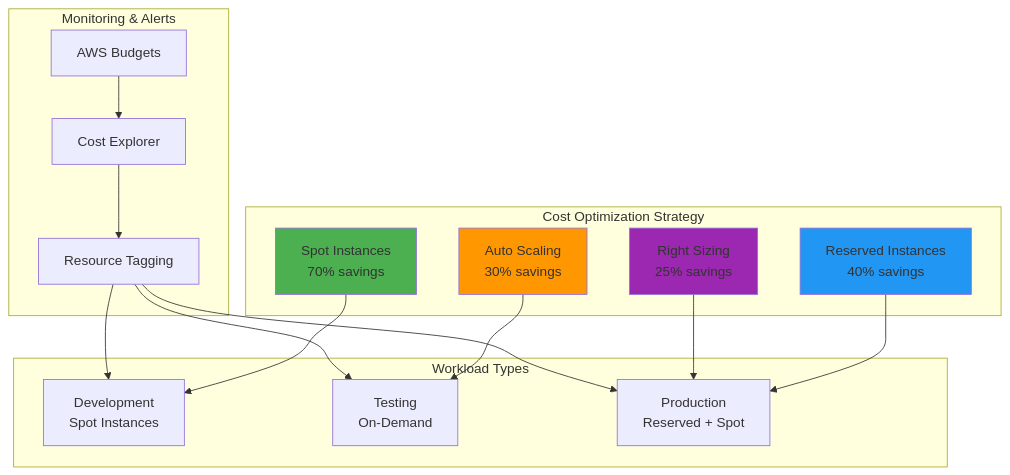
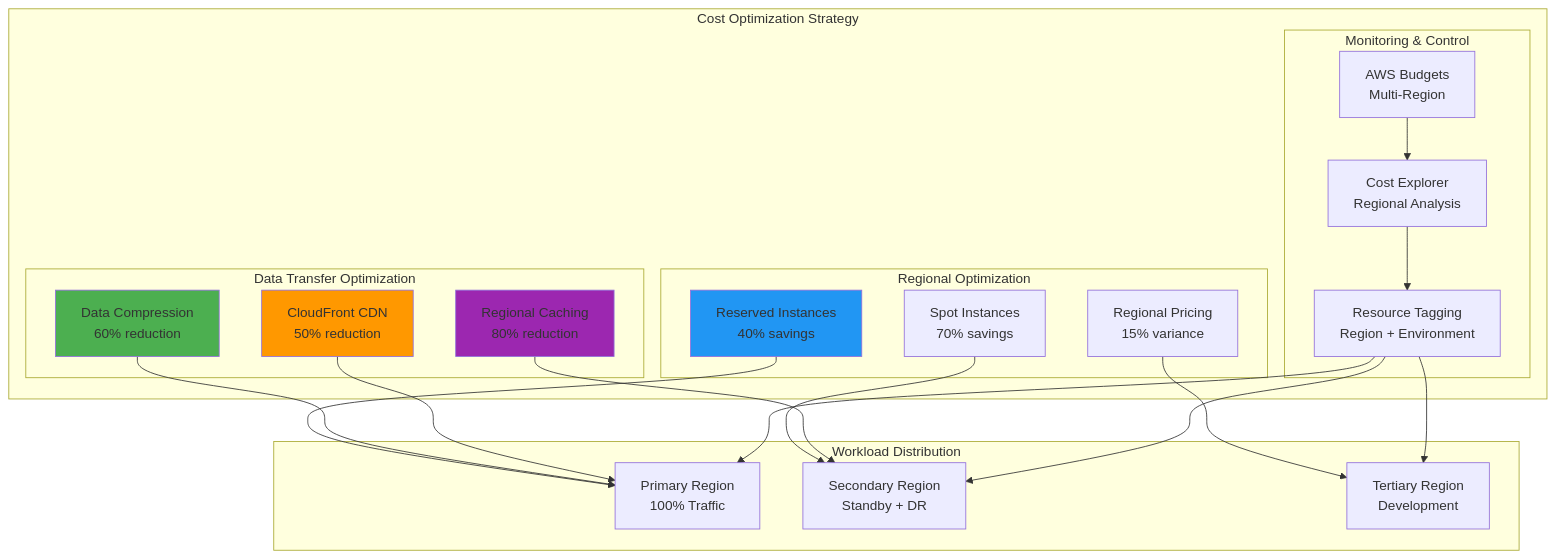
One commit to thiagodavala/ai-foundation-arch changed diagram 21 of 22 in README.md. Above: the diagram before and after it, drawn with Mermaid. The commit also changed other lines of this file, not shown here.

````diff
--- a/README.md
+++ b/README.md
@@ -1162,37 +1574,47 @@
 ```mermaid
 graph TD
     subgraph "Cost Optimization Strategy"
-        SPOT[Spot Instances<br/>70% savings]
-        RESERVED[Reserved Instances<br/>40% savings]
-        AUTOSCALE[Auto Scaling<br/>30% savings]
-        RIGHTSIZING[Right Sizing<br/>25% savings]
+        subgraph "Regional Optimization"
+            SPOT[Spot Instances<br/>70% savings]
+            RESERVED[Reserved Instances<br/>40% savings]
+            REGIONAL_PRICING[Regional Pricing<br/>15% variance]
+        end
+        
+        subgraph "Data Transfer Optimization"
+            COMPRESSION[Data Compression<br/>60% reduction]
+            CACHING[Regional Caching<br/>80% reduction]
+            CDN[CloudFront CDN<br/>50% reduction]
+        end
+        
+        subgraph "Monitoring & Control"
+            BUDGET[AWS Budgets<br/>Multi-Region]
+            COST[Cost Explorer<br/>Regional Analysis]
+            TAGS[Resource Tagging<br/>Region + Environment]
+        end
     end
     
-    subgraph "Monitoring & Alerts"
-        BUDGET[AWS Budgets]
-        COST[Cost Explorer]
-        TAGS[Resource Tagging]
+    subgraph "Workload Distribution"
+        PRIMARY[Primary Region<br/>100% Traffic]
+        SECONDARY[Secondary Region<br/>Standby + DR]
+        TERTIARY[Tertiary Region<br/>Development]
     end
     
-    subgraph "Workload Types"
-        DEV[Development<br/>Spot Instances]
-        TEST[Testing<br/>On-Demand]
-        PROD[Production<br/>Reserved + Spot]
-    end
+    SPOT --> SECONDARY
+    RESERVED --> PRIMARY
+    REGIONAL_PRICING --> TERTIARY
     
-    SPOT --> DEV
-    RESERVED --> PROD
-    AUTOSCALE --> TEST
-    RIGHTSIZING --> PROD
+    COMPRESSION --> PRIMARY
+    CACHING --> SECONDARY
+    CDN --> PRIMARY
     
     BUDGET --> COST
     COST --> TAGS
-    TAGS --> DEV
-    TAGS --> TEST
-    TAGS --> PROD
+    TAGS --> PRIMARY
+    TAGS --> SECONDARY
+    TAGS --> TERTIARY
     
-    style SPOT fill:#4caf50
+    style COMPRESSION fill:#4caf50
     style RESERVED fill:#2196f3
-    style AUTOSCALE fill:#ff9800
-    style RIGHTSIZING fill:#9c27b0
+    style CDN fill:#ff9800
+    style CACHING fill:#9c27b0
 ```
````
